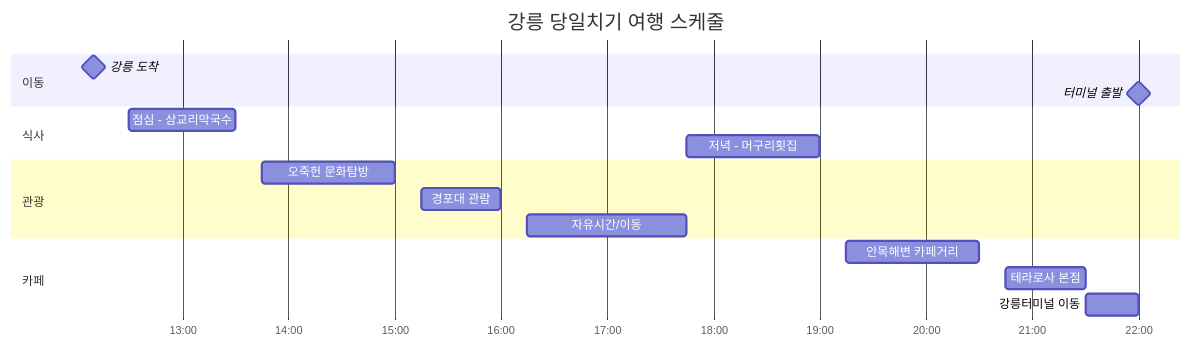
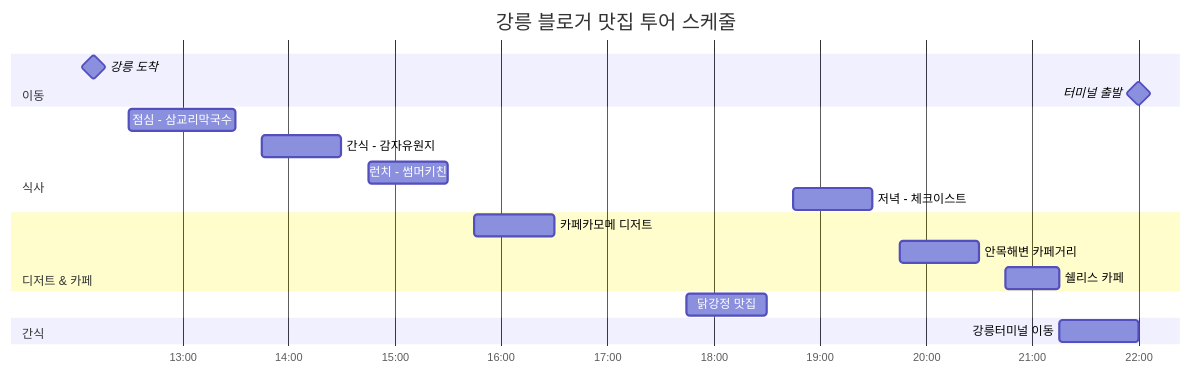
The fourth of 6 diagrams in travel-course-mermaid.md (didghwns0514/matjib_search), drawn with Mermaid before and after one commit. The commit also changed other lines of this file and 3 other files, not shown here.

````diff
--- a/travel-course-mermaid.md
+++ b/travel-course-mermaid.md
@@ -104,24 +114,27 @@
 ```mermaid
 gantt
-    title 강릉 당일치기 여행 스케줄
+    title 강릉 블로거 맛집 투어 스케줄
     dateFormat HH:mm
     axisFormat %H:%M
     
     section 이동
     강릉 도착           :milestone, arrival, 12:10, 0m
     터미널 출발         :milestone, departure, 22:00, 0m
     
     section 식사
     점심 - 삼교리막국수    :lunch, 12:30, 60m
-    저녁 - 머구리횟집      :dinner, 17:45, 75m
+    간식 - 감자유원지      :snack1, 13:45, 45m
+    런치 - 썸머키친        :lunch2, 14:45, 45m
+    저녁 - 체크이스트      :dinner, 18:45, 45m
     
-    section 관광
-    오죽헌 문화탐방       :culture, 13:45, 75m
-    경포대 관람          :gyeongpo-pavilion, 15:15, 45m
-    자유시간/이동         :free-time, 16:15, 90m
+    section 디저트 & 카페
+    카페카모메 디저트      :dessert1, 15:45, 45m
+    안목해변 카페거리     :cafe1, 19:45, 45m
+    쉘리스 카페          :cafe2, 20:45, 30m
     
-    section 카페
-    안목해변 카페거리     :cafe1, 19:15, 75m
-    테라로사 본점        :cafe2, 20:45, 45m
-    강릉터미널 이동       :terminal, 21:30, 30m
+    section 간식
+    닭강정 맛집          :chicken, 17:45, 45m
+    
+    section 이동
+    강릉터미널 이동       :terminal, 21:15, 45m
 ```
````
